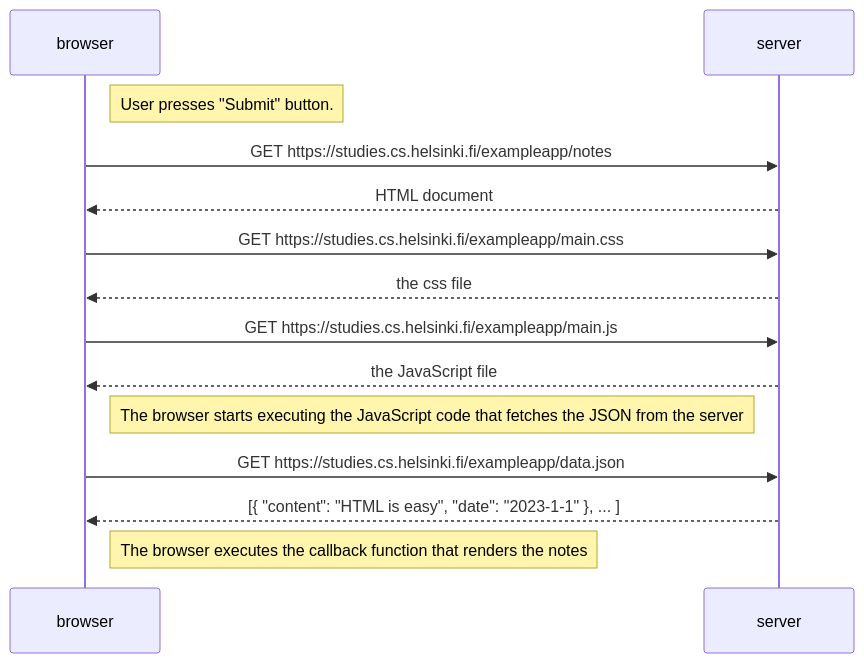
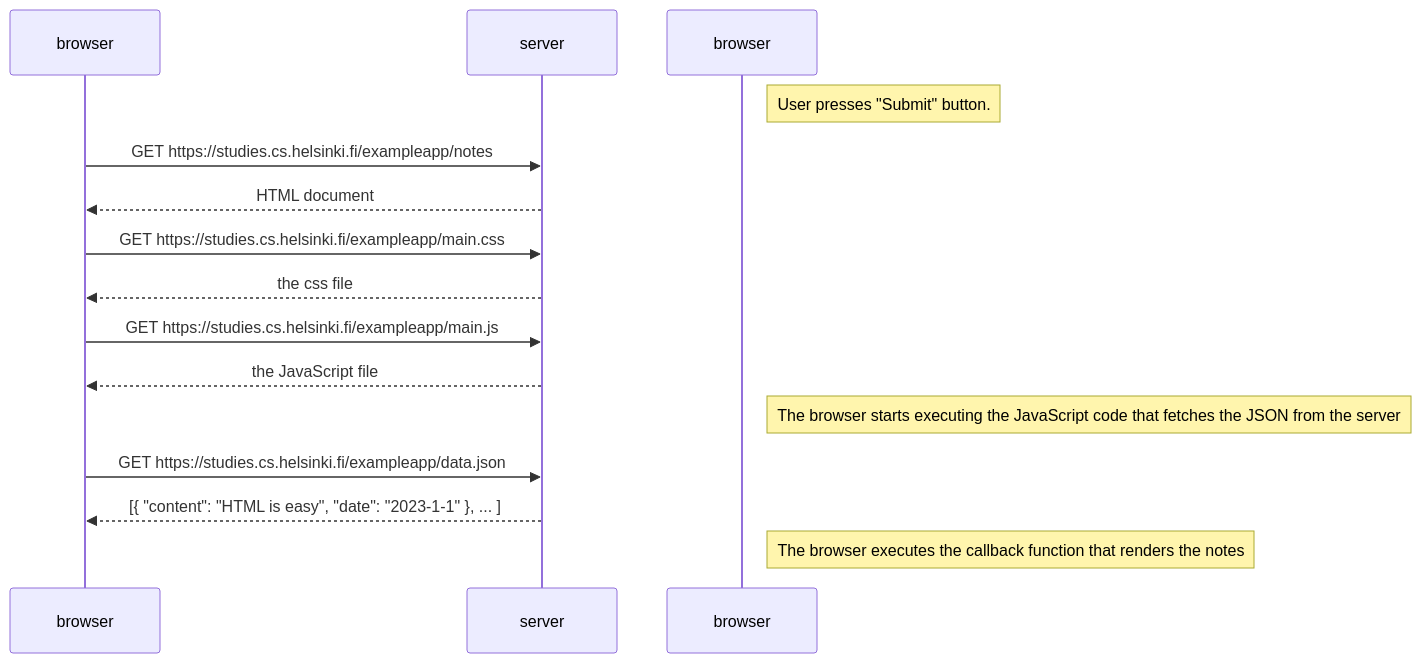
The diagram in part0/excercise0-4.md (szmaragdynia/FullstackLearning), drawn with Mermaid before and after one commit.

Commit message:
refurbishing mermaid sequence diagram syntax

````diff
--- a/part0/excercise0-4.md
+++ b/part0/excercise0-4.md
@@ -1,21 +1,24 @@
 ```mermaid
 sequenceDiagram
+    participant b as browser
+    participant s as server
+    
     Note right of browser: User presses "Submit" button.
 
-    browser->>server: GET https://studies.cs.helsinki.fi/exampleapp/notes
-    server-->>browser: HTML document
+    b->>s: GET https://studies.cs.helsinki.fi/exampleapp/notes
+    s-->>b: HTML document
     
-    browser->>server: GET https://studies.cs.helsinki.fi/exampleapp/main.css
-    server-->>browser: the css file
+    b->>s: GET https://studies.cs.helsinki.fi/exampleapp/main.css
+    s-->>b: the css file
     
-    browser->>server: GET https://studies.cs.helsinki.fi/exampleapp/main.js
-    server-->>browser: the JavaScript file
+    b->>s: GET https://studies.cs.helsinki.fi/exampleapp/main.js
+    s-->>b: the JavaScript file
     
     Note right of browser: The browser starts executing the JavaScript code that fetches the JSON from the server
     
-    browser->>server: GET https://studies.cs.helsinki.fi/exampleapp/data.json
-    server-->>browser: [{ "content": "HTML is easy", "date": "2023-1-1" }, ... ]
+    b->>s: GET https://studies.cs.helsinki.fi/exampleapp/data.json
+    s-->>b: [{ "content": "HTML is easy", "date": "2023-1-1" }, ... ]
 
     Note right of browser: The browser executes the callback function that renders the notes
     
 ```
````
